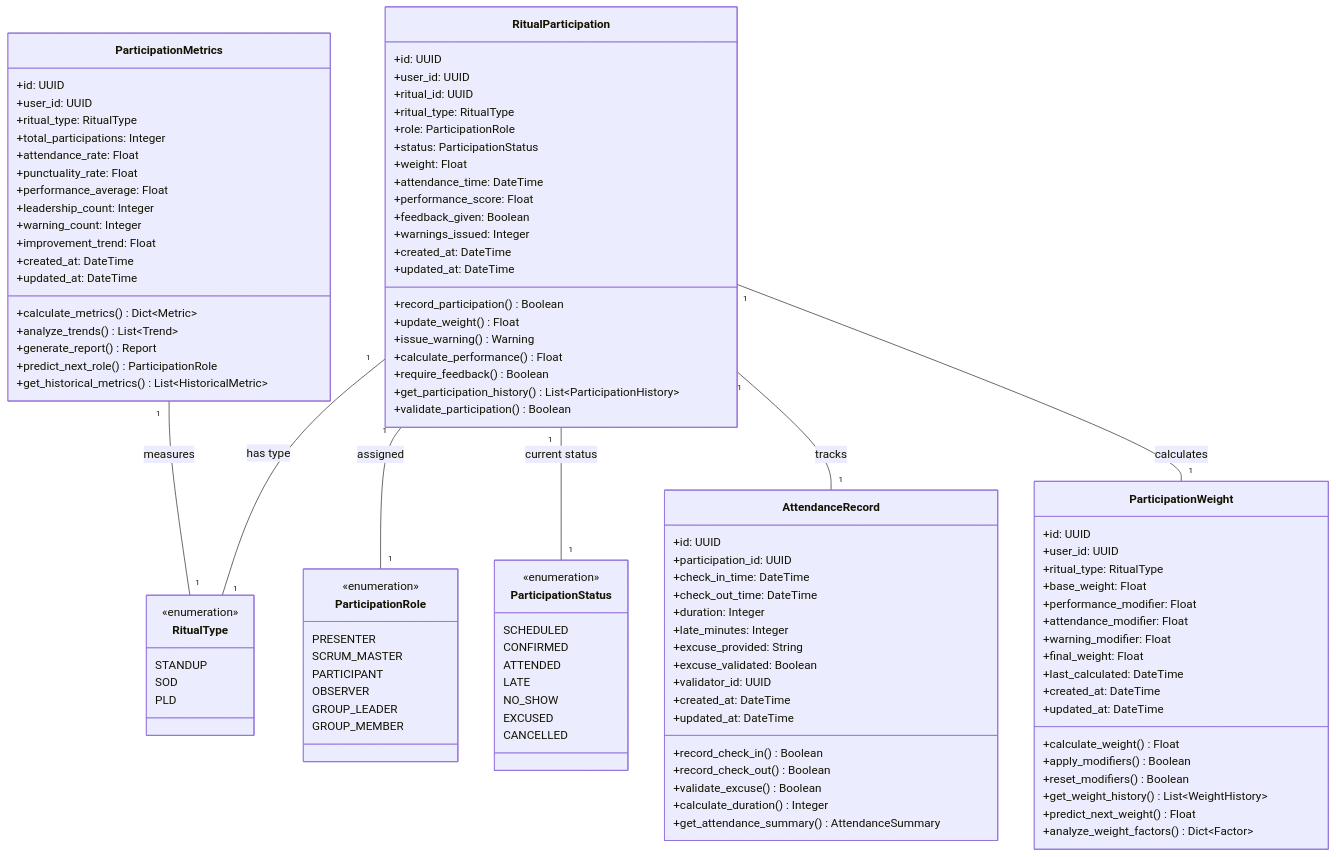
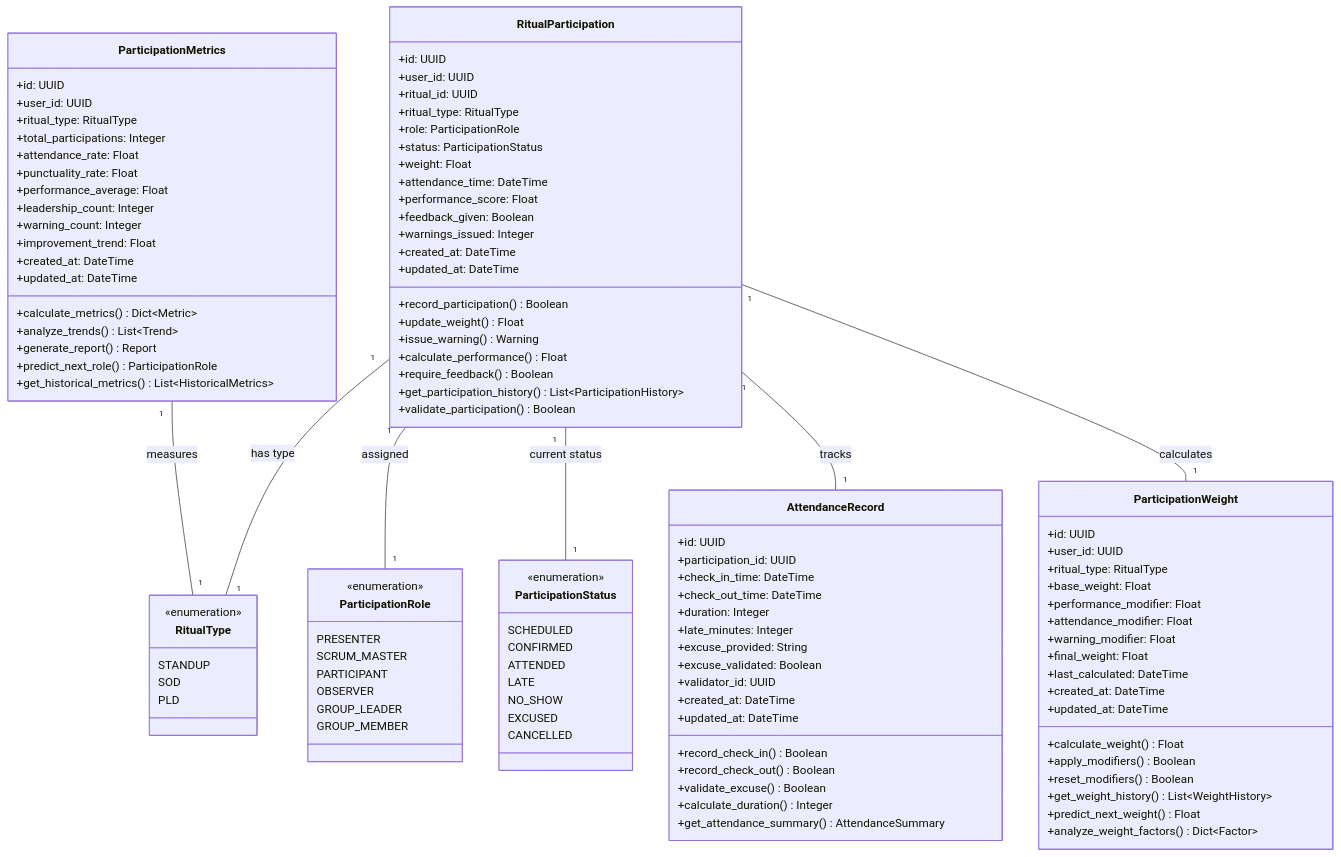
Before and after one commit to Noziop/holberton_rituals: the diagram in docs/uml/class/participation/participation.mmd, drawn with Mermaid.

Commit message:
FIX: weird mermaid vscode extension behavior.

```diff
--- a/docs/uml/class/participation/participation.mmd
+++ b/docs/uml/class/participation/participation.mmd
@@ -1,118 +1,118 @@
 classDiagram
     %% Participation Management System
     class RitualParticipation {
         +id: UUID
         +user_id: UUID
         +ritual_id: UUID
         +ritual_type: RitualType
         +role: ParticipationRole
         +status: ParticipationStatus
         +weight: Float
         +attendance_time: DateTime
         +performance_score: Float
         +feedback_given: Boolean
         +warnings_issued: Integer
         +created_at: DateTime
         +updated_at: DateTime
         +record_participation() Boolean
         +update_weight() Float
         +issue_warning() Warning
         +calculate_performance() Float
         +require_feedback() Boolean
         +get_participation_history() List~ParticipationHistory~
         +validate_participation() Boolean
     }
 
     class RitualType {
         <<enumeration>>
         STANDUP
         SOD
         PLD
     }
 
     class ParticipationRole {
         <<enumeration>>
         PRESENTER
         SCRUM_MASTER
         PARTICIPANT
         OBSERVER
         GROUP_LEADER
         GROUP_MEMBER
     }
 
     class ParticipationStatus {
         <<enumeration>>
         SCHEDULED
         CONFIRMED
         ATTENDED
         LATE
         NO_SHOW
         EXCUSED
         CANCELLED
     }
 
     class ParticipationMetrics {
         +id: UUID
         +user_id: UUID
         +ritual_type: RitualType
         +total_participations: Integer
         +attendance_rate: Float
         +punctuality_rate: Float
         +performance_average: Float
         +leadership_count: Integer
         +warning_count: Integer
         +improvement_trend: Float
         +created_at: DateTime
         +updated_at: DateTime
         +calculate_metrics() Dict~Metric~
         +analyze_trends() List~Trend~
         +generate_report() Report
         +predict_next_role() ParticipationRole
-        +get_historical_metrics() List~HistoricalMetric~
+        +get_historical_metrics() List~HistoricalMetrics~
     }
 
     class AttendanceRecord {
         +id: UUID
         +participation_id: UUID
         +check_in_time: DateTime
         +check_out_time: DateTime
         +duration: Integer
         +late_minutes: Integer
         +excuse_provided: String
         +excuse_validated: Boolean
         +validator_id: UUID
         +created_at: DateTime
         +updated_at: DateTime
         +record_check_in() Boolean
         +record_check_out() Boolean
         +validate_excuse() Boolean
         +calculate_duration() Integer
         +get_attendance_summary() AttendanceSummary
     }
 
     class ParticipationWeight {
         +id: UUID
         +user_id: UUID
         +ritual_type: RitualType
         +base_weight: Float
         +performance_modifier: Float
         +attendance_modifier: Float
         +warning_modifier: Float
         +final_weight: Float
         +last_calculated: DateTime
         +created_at: DateTime
         +updated_at: DateTime
         +calculate_weight() Float
         +apply_modifiers() Boolean
         +reset_modifiers() Boolean
         +get_weight_history() List~WeightHistory~
         +predict_next_weight() Float
         +analyze_weight_factors() Dict~Factor~
     }
 
     RitualParticipation "1" -- "1" RitualType : has type
     RitualParticipation "1" -- "1" ParticipationRole : assigned
     RitualParticipation "1" -- "1" ParticipationStatus : current status
     RitualParticipation "1" -- "1" AttendanceRecord : tracks
     RitualParticipation "1" -- "1" ParticipationWeight : calculates
     ParticipationMetrics "1" -- "1" RitualType : measures
```
